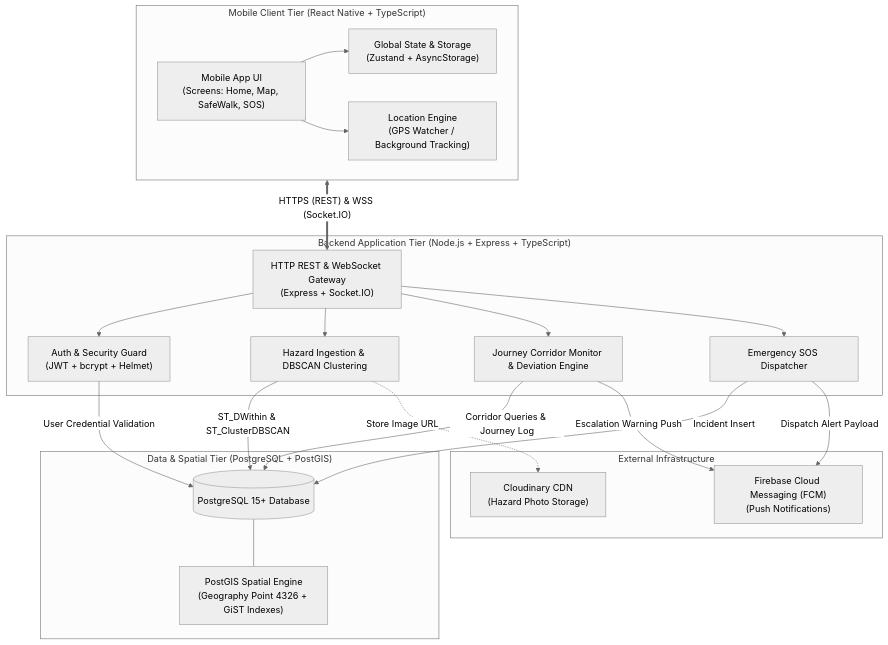
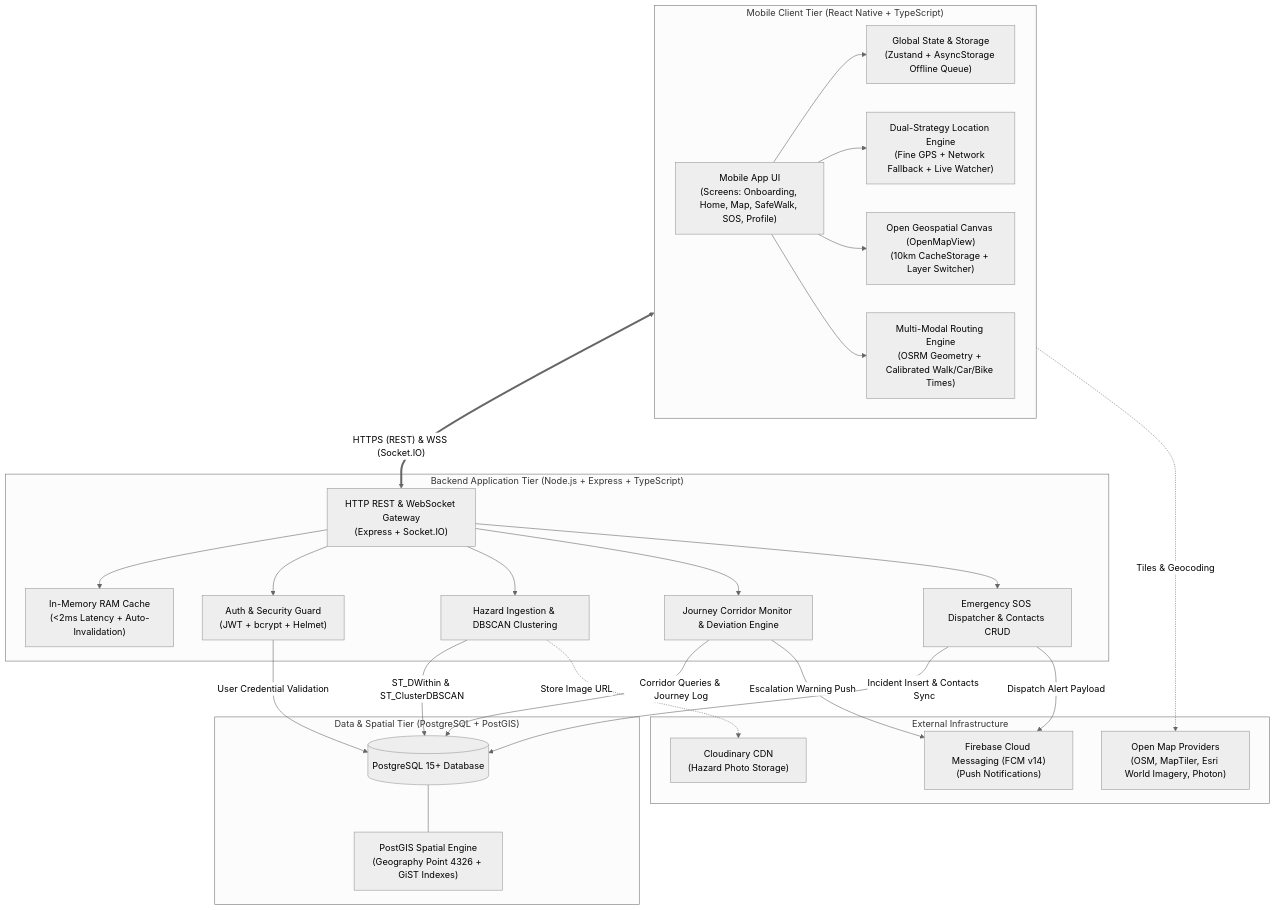
The first of 6 diagrams in docs/architecture.md (safora-safety/Safora), drawn with Mermaid (neutral theme) before and after one commit. The commit also changed 22 other files, not shown here.

First line of the commit message:
feat: complete MVP with onboarding, multi-modal routing & offline resilience

````diff
--- a/docs/architecture.md
+++ b/docs/architecture.md
@@ -11,44 +11,53 @@
 ```mermaid
 flowchart TD
     subgraph ClientLayer ["Mobile Client Tier (React Native + TypeScript)"]
-        UI["Mobile App UI<br/>(Screens: Home, Map, SafeWalk, SOS)"]
-        Zustand["Global State & Storage<br/>(Zustand + AsyncStorage)"]
-        LocService["Location Engine<br/>(GPS Watcher / Background Tracking)"]
+        UI["Mobile App UI<br/>(Screens: Onboarding, Home, Map, SafeWalk, SOS, Profile)"]
+        Zustand["Global State & Storage<br/>(Zustand + AsyncStorage Offline Queue)"]
+        LocService["Dual-Strategy Location Engine<br/>(Fine GPS + Network Fallback + Live Watcher)"]
+        OpenMap["Open Geospatial Canvas (OpenMapView)<br/>(10km CacheStorage + Layer Switcher)"]
+        RoutingEng["Multi-Modal Routing Engine<br/>(OSRM Geometry + Calibrated Walk/Car/Bike Times)"]
+        
         UI --> Zustand
         UI --> LocService
+        UI --> OpenMap
+        UI --> RoutingEng
     end
 
     subgraph APILayer ["Backend Application Tier (Node.js + Express + TypeScript)"]
         Gateway["HTTP REST & WebSocket Gateway<br/>(Express + Socket.IO)"]
+        RAMCache["In-Memory RAM Cache<br/>(<2ms Latency + Auto-Invalidation)"]
         AuthModule["Auth & Security Guard<br/>(JWT + bcrypt + Helmet)"]
         ReportModule["Hazard Ingestion & DBSCAN Clustering"]
         SafeWalkModule["Journey Corridor Monitor & Deviation Engine"]
-        SOSModule["Emergency SOS Dispatcher"]
+        SOSModule["Emergency SOS Dispatcher & Contacts CRUD"]
         
+        Gateway --> RAMCache
         Gateway --> AuthModule
         Gateway --> ReportModule
         Gateway --> SafeWalkModule
         Gateway --> SOSModule
     end
 
     subgraph DataLayer ["Data & Spatial Tier (PostgreSQL + PostGIS)"]
         PG[("PostgreSQL 15+ Database")]
         PostGIS["PostGIS Spatial Engine<br/>(Geography Point 4326 + GiST Indexes)"]
         PG --- PostGIS
     end
 
     subgraph ExternalServices ["External Infrastructure"]
-        FCM["Firebase Cloud Messaging (FCM)<br/>(Push Notifications)"]
+        FCM["Firebase Cloud Messaging (FCM v14)<br/>(Push Notifications)"]
         Cloudinary["Cloudinary CDN<br/>(Hazard Photo Storage)"]
+        MapServices["Open Map Providers<br/>(OSM, MapTiler, Esri World Imagery, Photon)"]
     end
 
     ClientLayer <==>|"HTTPS (REST) & WSS (Socket.IO)"| Gateway
+    ClientLayer -.->|"Tiles & Geocoding"| MapServices
     ReportModule -->|"ST_DWithin & ST_ClusterDBSCAN"| PG
     SafeWalkModule -->|"Corridor Queries & Journey Log"| PG
-    SOSModule -->|"Incident Insert"| PG
+    SOSModule -->|"Incident Insert & Contacts Sync"| PG
     AuthModule -->|"User Credential Validation"| PG
     
     SOSModule -->|"Dispatch Alert Payload"| FCM
     SafeWalkModule -->|"Escalation Warning Push"| FCM
     ReportModule -.->|"Store Image URL"| Cloudinary
 ```
````
